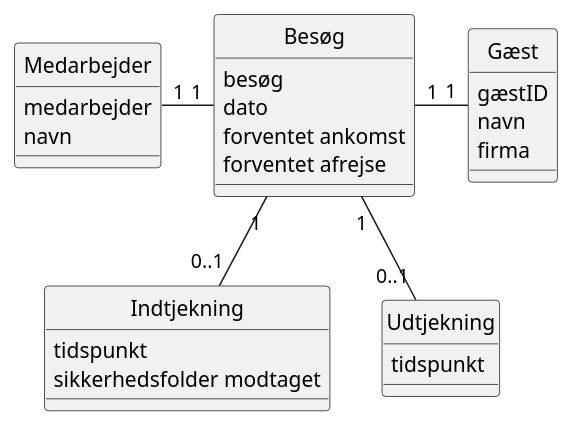
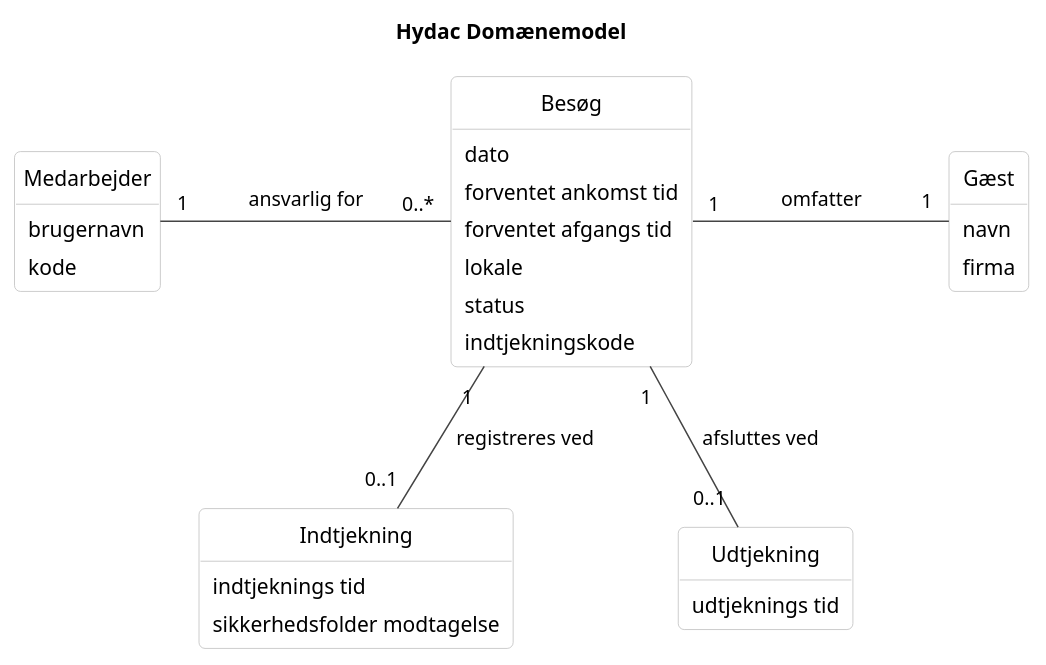
The diagram in 2. Domænemodel/2. Domænemodel.puml (Zoabz/Hydac), drawn with PlantUML before and after one commit. The commit also changed 1 other file, not shown here.

Commit message:
Domænemodel update

```diff
--- a/2. Domænemodel/2. Domænemodel.puml
+++ b/2. Domænemodel/2. Domænemodel.puml
@@ -1,45 +1,64 @@
-@startuml
+@startuml Hydac_Domaenemodel_v2
+
+skinparam backgroundColor White
+skinparam shadowing false
+skinparam defaultFontName Arial
+skinparam roundCorner 8
+skinparam linetype polyline
+skinparam nodesep 110
+skinparam ranksep 70
+skinparam padding 3
+skinparam titleFontStyle bold
 
 hide circle
+hide methods
 
-
-class Besøg
-{
-  besøg
-  dato
-  forventet ankomst
-  forventet afrejse
+skinparam class {
+    BackgroundColor White
+    BorderColor #BBBBBB
+    ArrowColor #444444
+    FontColor Black
+    AttributeFontColor Black
 }
 
-class Medarbejder
-{
-  medarbejder
-  navn
+title Hydac Domænemodel
+
+class "Medarbejder" as Medarbejder {
+    brugernavn
+    kode
 }
 
-class Gæst
-{
-  gæstID
-  navn
-  firma
+class "Besøg" as Besog {
+    dato
+    forventet ankomst tid
+    forventet afgangs tid
+    lokale
+    status
+    indtjekningskode
 }
 
-class Indtjekning{
-  tidspunkt
-  sikkerhedsfolder modtaget
+class "Gæst" as Gaest {
+    navn
+    firma
 }
 
+class "Indtjekning" as Indtjekning {
+    indtjeknings tid
+    sikkerhedsfolder modtagelse
+}
 
-class Udtjekning{
-  tidspunkt
+class "Udtjekning" as Udtjekning {
+    udtjeknings tid
 }
 
 
 
-Medarbejder "1" - "1" Besøg 
-Besøg "1" - "1" Gæst 
-Besøg "1" -- "0..1" Indtjekning 
-Besøg "1" -- "0..1" Udtjekning
+Medarbejder "1" -right- "0..*" Besog : ansvarlig for
+Besog "1" -right- "1" Gaest : omfatter
 
+Besog "1" -- "0..1" Indtjekning : registreres ved
+Besog "1" -- "0..1" Udtjekning : afsluttes ved
+
+Indtjekning -[hidden]right- Udtjekning
 
 @enduml
```
